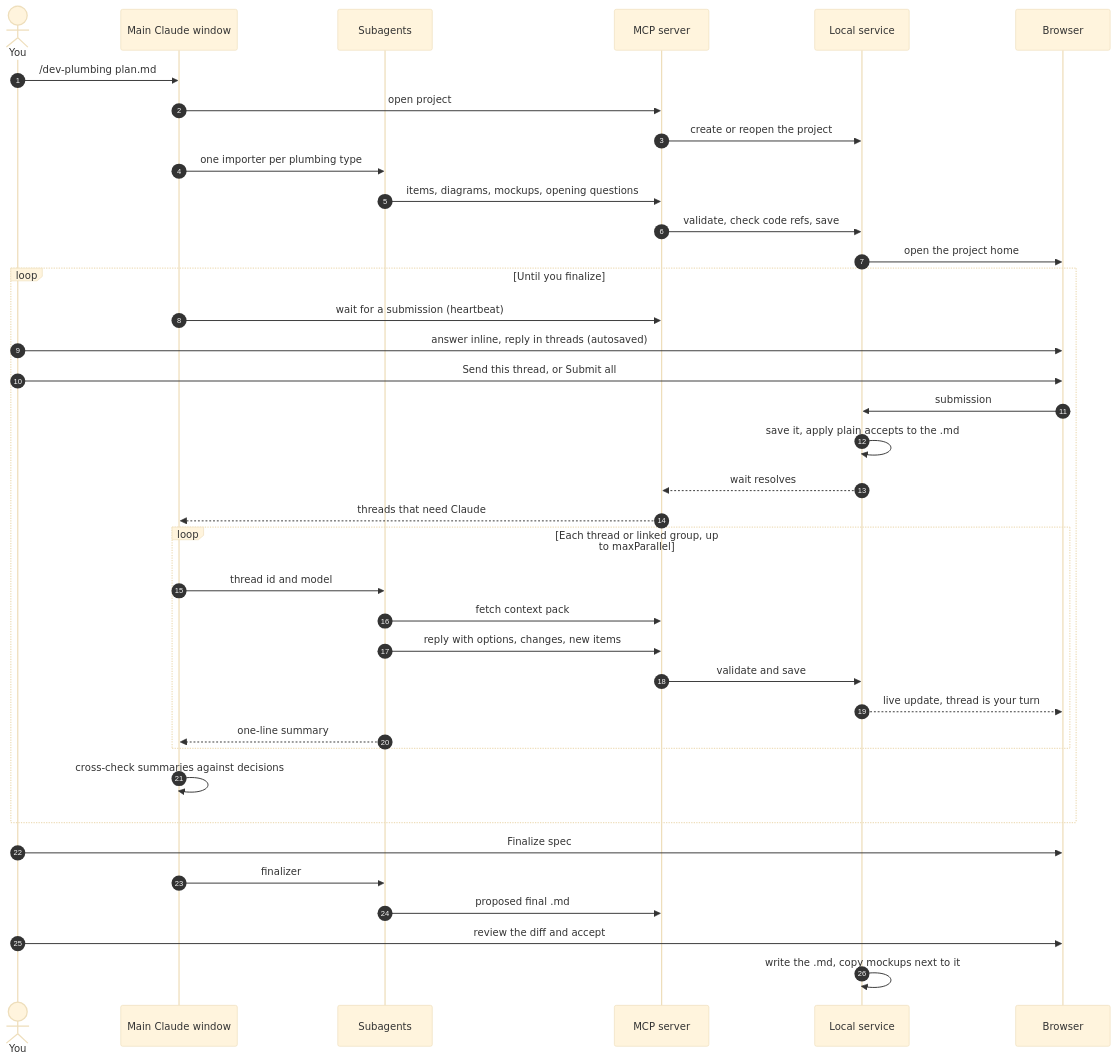
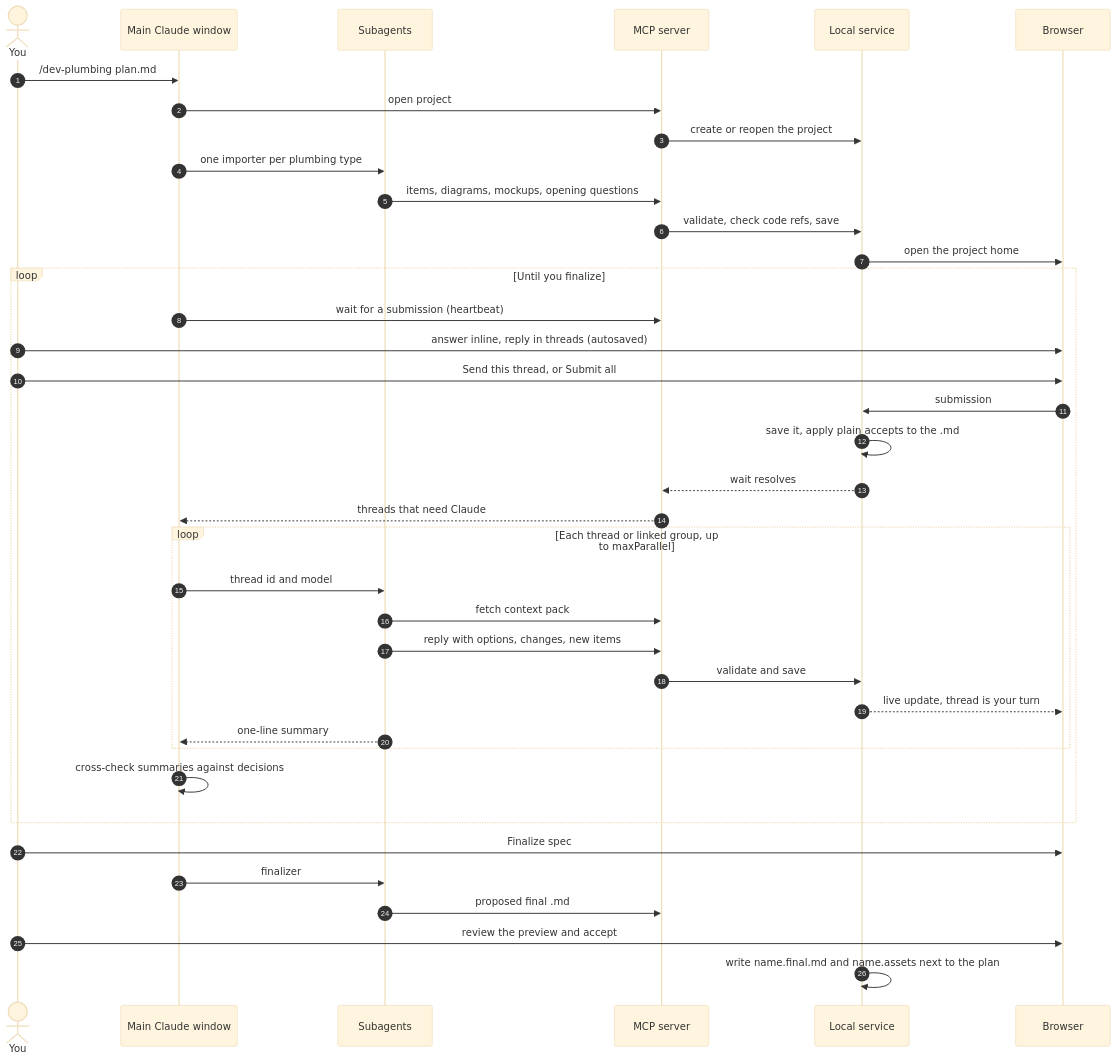
One commit to jordanframptondev/dev-plumbing changed the second of 2 diagrams in SPEC.md. Above: the diagram before and after it, drawn with Mermaid (base theme). The commit also changed other lines of this file, not shown here.

Commit message:
docs(spec): Ink wash look, separate .final.md from Finalize, confirmed defaults

````diff
--- a/SPEC.md
+++ b/SPEC.md
@@ -341,41 +344,41 @@
 ```mermaid
 sequenceDiagram
     autonumber
     actor You
     participant MW as Main Claude window
     participant SA as Subagents
     participant MCP as MCP server
     participant SV as Local service
     participant BR as Browser
 
     You->>MW: /dev-plumbing plan.md
     MW->>MCP: open project
     MCP->>SV: create or reopen the project
     MW->>SA: one importer per plumbing type
     SA->>MCP: items, diagrams, mockups, opening questions
     MCP->>SV: validate, check code refs, save
     SV->>BR: open the project home
     loop Until you finalize
         MW->>MCP: wait for a submission (heartbeat)
         You->>BR: answer inline, reply in threads (autosaved)
         You->>BR: Send this thread, or Submit all
         BR->>SV: submission
         SV->>SV: save it, apply plain accepts to the .md
         SV-->>MCP: wait resolves
         MCP-->>MW: threads that need Claude
         loop Each thread or linked group, up to maxParallel
             MW->>SA: thread id and model
             SA->>MCP: fetch context pack
             SA->>MCP: reply with options, changes, new items
             MCP->>SV: validate and save
             SV-->>BR: live update, thread is your turn
             SA-->>MW: one-line summary
         end
         MW->>MW: cross-check summaries against decisions
     end
     You->>BR: Finalize spec
     MW->>SA: finalizer
     SA->>MCP: proposed final .md
-    You->>BR: review the diff and accept
-    SV->>SV: write the .md, copy mockups next to it
+    You->>BR: review the preview and accept
+    SV->>SV: write name.final.md and name.assets next to the plan
 ```
````
